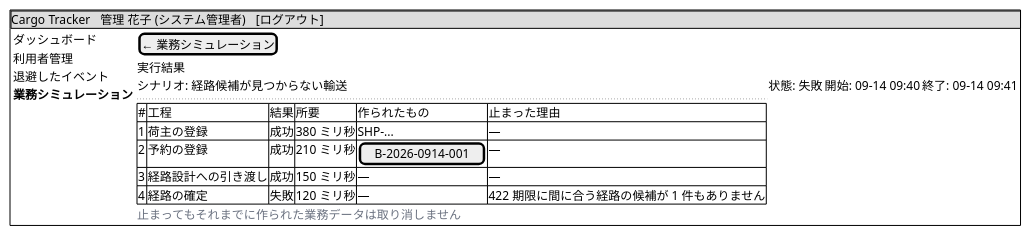
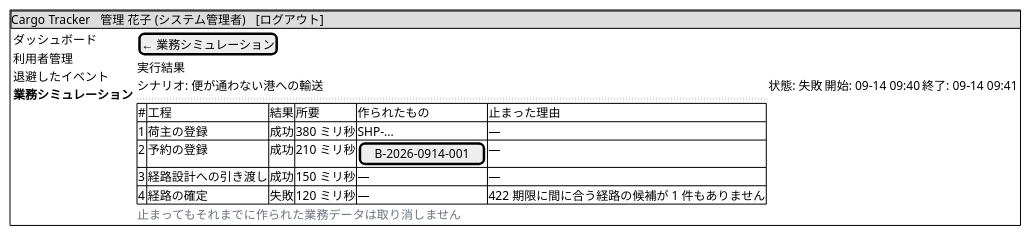
The tenth of 47 diagrams in docs/design/cargo-tracker/ui_design.md (k2works/case-study-cargo-tracker), drawn with PlantUML before and after one commit. The commit also changed other lines of this file and 19 other files, not shown here.

````diff
--- a/docs/design/cargo-tracker/ui_design.md
+++ b/docs/design/cargo-tracker/ui_design.md
@@ -557,29 +557,29 @@
 ```plantuml
 @startsalt
 {+
   {* Cargo Tracker | 管理 花子 (システム管理者) | [ログアウト] }
   {
     {
       ダッシュボード
       利用者管理
       退避したイベント
       <b>業務シミュレーション
     } |
     {
       [← 業務シミュレーション]
       実行結果
-      シナリオ: 経路候補が見つからない輸送 | 状態: 失敗 | 開始: 09-14 09:40 | 終了: 09-14 09:41
+      シナリオ: 便が通わない港への輸送 | 状態: 失敗 | 開始: 09-14 09:40 | 終了: 09-14 09:41
       ..
       {#
         # | 工程 | 結果 | 所要 | 作られたもの | 止まった理由
         1 | 荷主の登録 | 成功 | 380 ミリ秒 | SHP-... | —
         2 | 予約の登録 | 成功 | 210 ミリ秒 | [B-2026-0914-001] | —
         3 | 経路設計への引き渡し | 成功 | 150 ミリ秒 | — | —
         4 | 経路の確定 | 失敗 | 120 ミリ秒 | — | 422 期限に間に合う経路の候補が 1 件もありません
       }
       <color:#6B7280>止まってもそれまでに作られた業務データは取り消しません</color>
     }
   }
 }
 @endsalt
 ```
````
